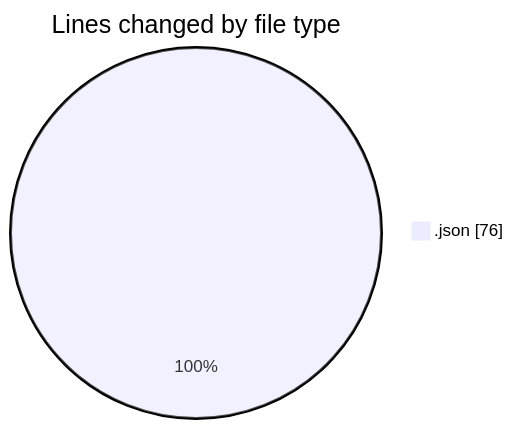
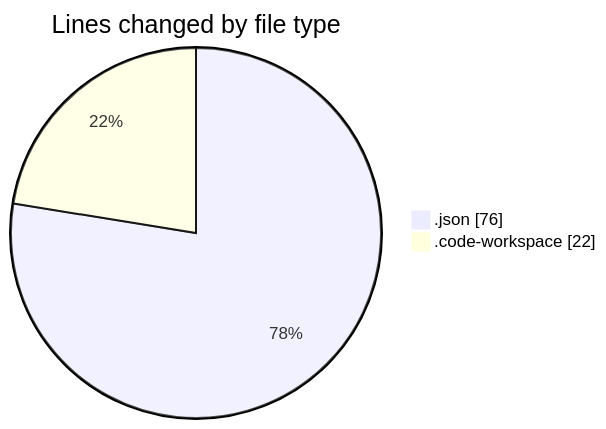
The first of 2 diagrams in 2026-02-26/shadcn-admin-kit-main__workspace_/README.md (jadenblack/code-tracking), drawn with Mermaid before and after one commit. The commit also changed other lines of this file and 1 other file, not shown here.

````diff
--- a/2026-02-26/shadcn-admin-kit-main__workspace_/README.md
+++ b/2026-02-26/shadcn-admin-kit-main__workspace_/README.md
@@ -21,5 +22,6 @@
 ```mermaid
 pie showData
 title Lines changed by file type
 ".json" : 76
+".code-workspace" : 22
 ```
````
